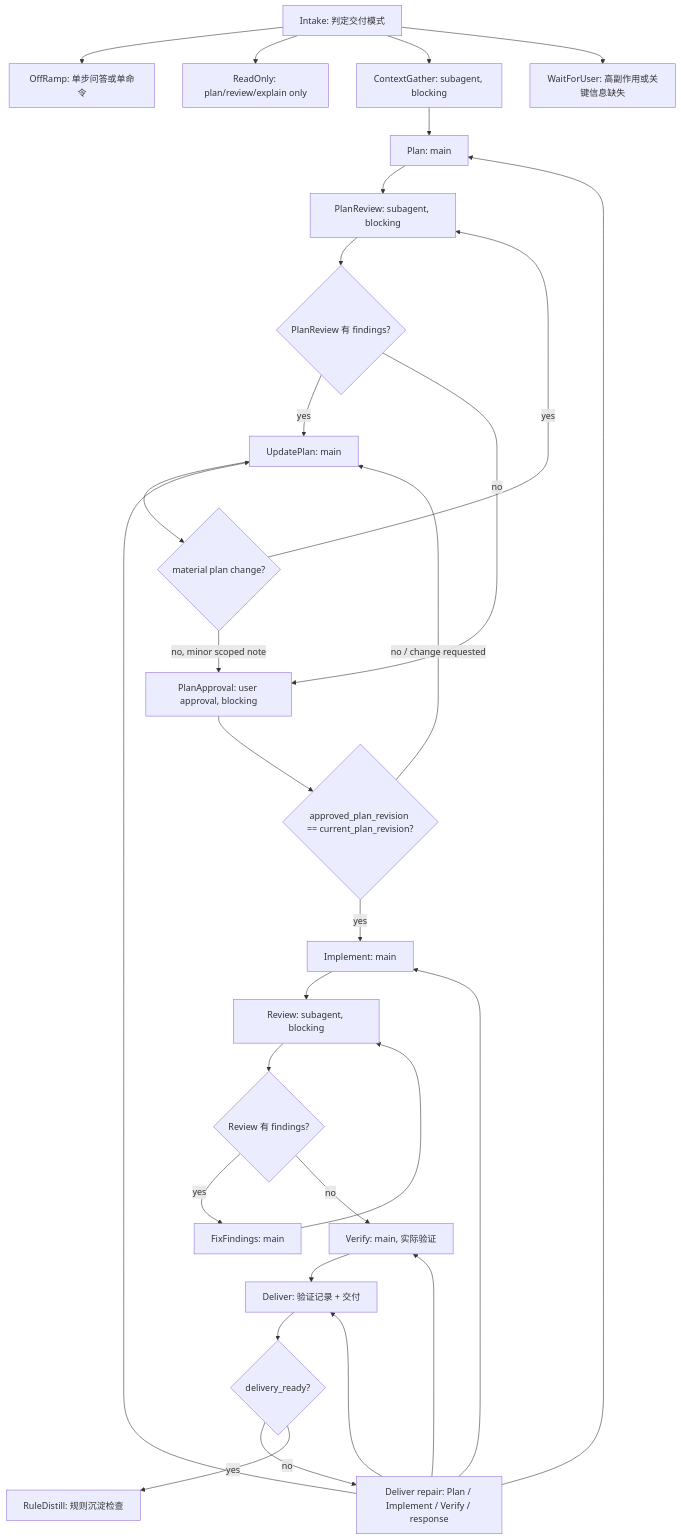
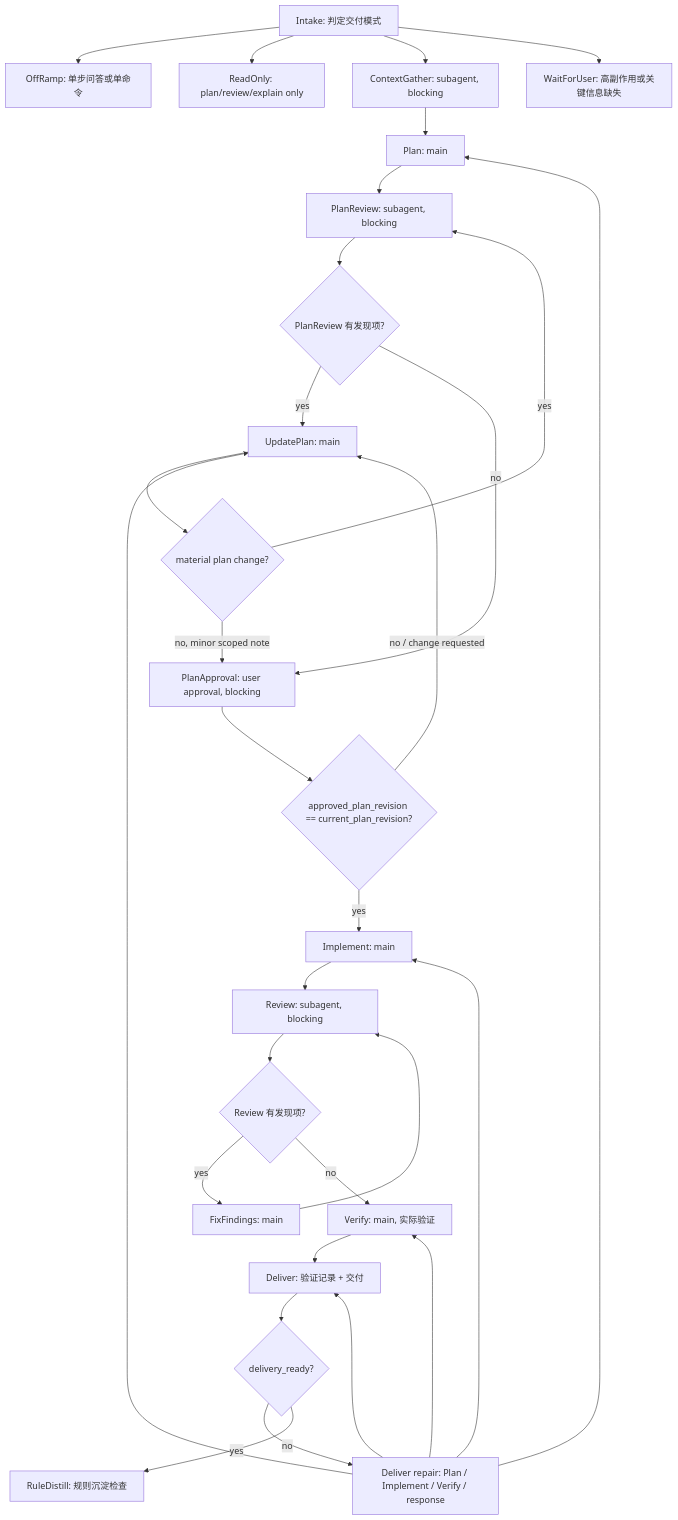
The diagram in dev-pipeline/README.md (hanjeahwan/skills), drawn with Mermaid before and after one commit. The commit also changed other lines of this file and 15 other files, not shown here.

````diff
--- a/dev-pipeline/README.md
+++ b/dev-pipeline/README.md
@@ -22,56 +22,56 @@
 ```mermaid
 flowchart TD
   Intake["Intake: 判定交付模式"]
   OffRamp["OffRamp: 单步问答或单命令"]
   ReadOnly["ReadOnly: plan/review/explain only"]
   ContextGather["ContextGather: subagent, blocking"]
   Plan["Plan: main"]
   PlanReview["PlanReview: subagent, blocking"]
-  PlanFindings{"PlanReview 有 findings?"}
+  PlanFindings{"PlanReview 有发现项?"}
   UpdatePlan["UpdatePlan: main"]
   PlanChange{"material plan change?"}
   PlanApproval["PlanApproval: user approval, blocking"]
   PlanApproved{"approved_plan_revision == current_plan_revision?"}
   Implement["Implement: main"]
   Review["Review: subagent, blocking"]
-  ReviewFindings{"Review 有 findings?"}
+  ReviewFindings{"Review 有发现项?"}
   FixFindings["FixFindings: main"]
   Verify["Verify: main, 实际验证"]
   Deliver["Deliver: 验证记录 + 交付"]
   DeliveryReady{"delivery_ready?"}
   DeliverRepair["Deliver repair: Plan / Implement / Verify / response"]
   RuleDistill["RuleDistill: 规则沉淀检查"]
   WaitForUser["WaitForUser: 高副作用或关键信息缺失"]
 
   Intake --> OffRamp
   Intake --> ReadOnly
   Intake --> ContextGather
   Intake --> WaitForUser
 
   ContextGather --> Plan
   Plan --> PlanReview
   PlanReview --> PlanFindings
   PlanFindings -- "yes" --> UpdatePlan
   UpdatePlan --> PlanChange
   PlanChange -- "yes" --> PlanReview
   PlanChange -- "no, minor scoped note" --> PlanApproval
   PlanFindings -- "no" --> PlanApproval
   PlanApproval --> PlanApproved
   PlanApproved -- "yes" --> Implement
   PlanApproved -- "no / change requested" --> UpdatePlan
 
   Implement --> Review
   Review --> ReviewFindings
   ReviewFindings -- "yes" --> FixFindings
   FixFindings --> Review
   ReviewFindings -- "no" --> Verify
   Verify --> Deliver
   Deliver --> DeliveryReady
   DeliveryReady -- "no" --> DeliverRepair
   DeliverRepair --> Plan
   DeliverRepair --> UpdatePlan
   DeliverRepair --> Implement
   DeliverRepair --> Verify
   DeliverRepair --> Deliver
   DeliveryReady -- "yes" --> RuleDistill
 ```
````
